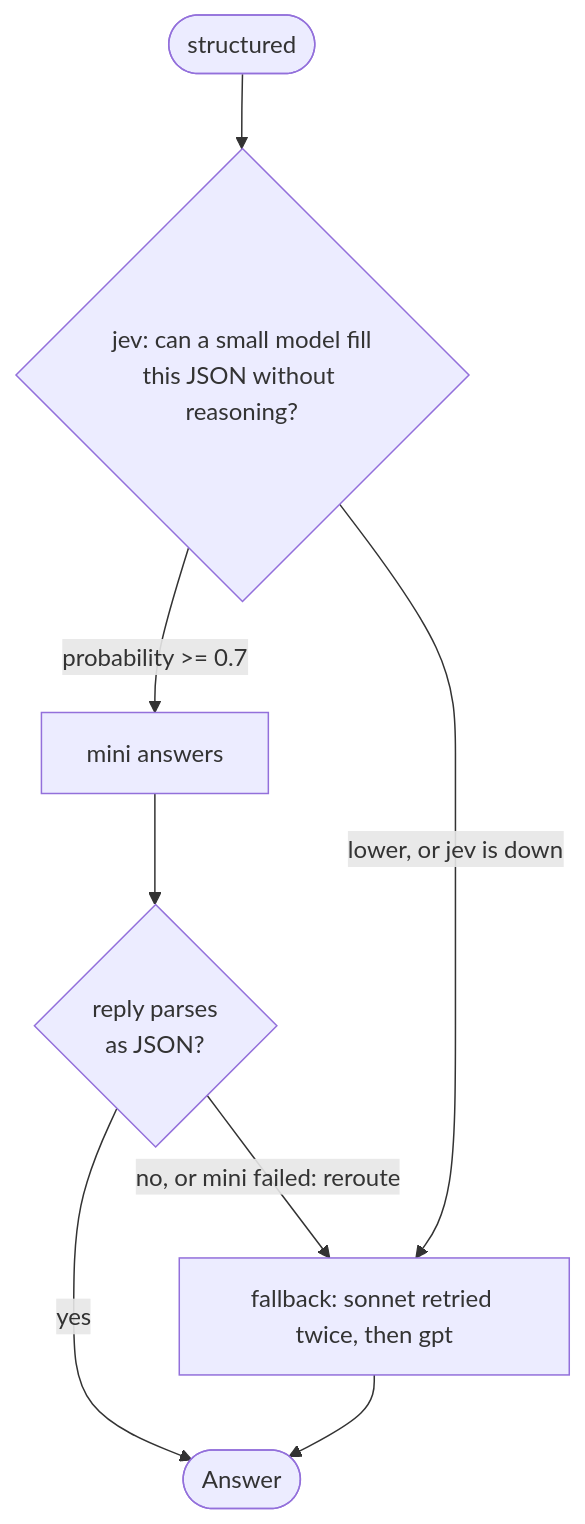
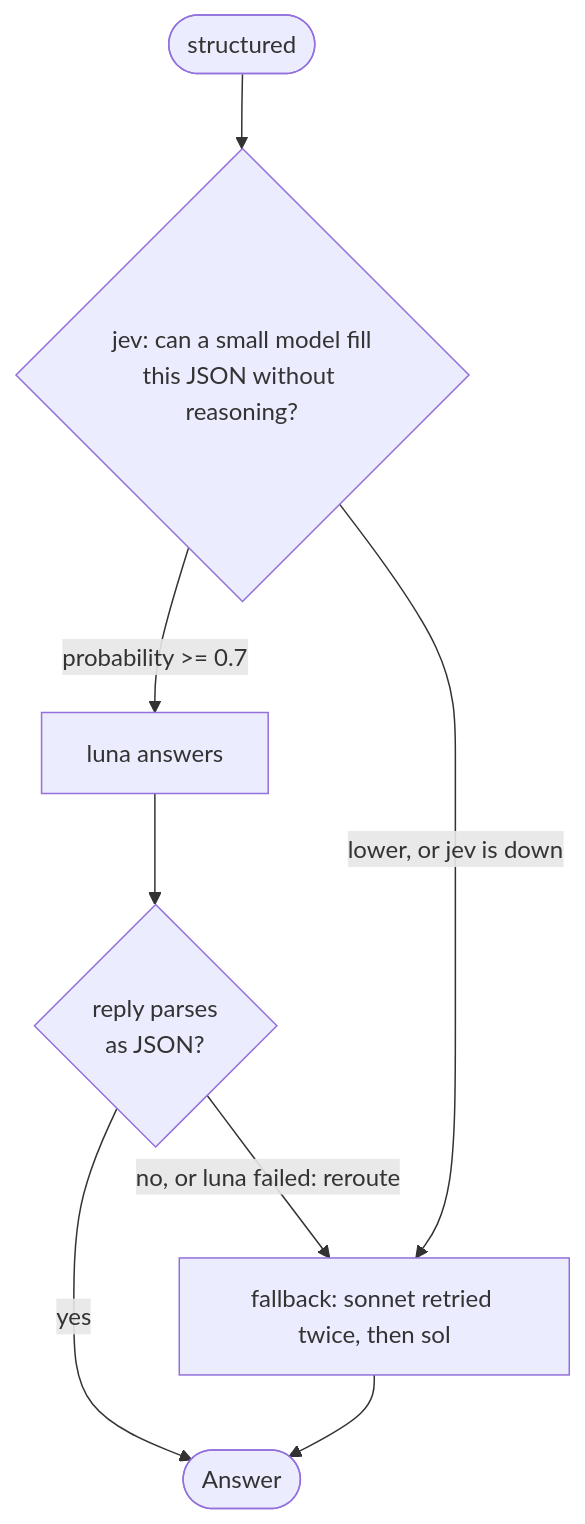
Before and after one commit to skrrt-sh/motty-sdk: the third of 3 diagrams in examples/coder/README.md, drawn with Mermaid. The commit also changed other lines of this file and 138 other files, not shown here.

````diff
--- a/examples/coder/README.md
+++ b/examples/coder/README.md
@@ -112,11 +112,11 @@
 ```mermaid
 flowchart TD
   start([structured]) --> size{"jev: can a small model fill<br/>this JSON without reasoning?"}
-  size -- "probability >= 0.7" --> small["mini answers"]
-  size -- "lower, or jev is down" --> strong["fallback: sonnet retried twice, then gpt"]
+  size -- "probability >= 0.7" --> small["luna answers"]
+  size -- "lower, or jev is down" --> strong["fallback: sonnet retried twice, then sol"]
 
   small --> valid{"reply parses<br/>as JSON?"}
   valid -- yes --> answer([Answer])
-  valid -- "no, or mini failed: reroute" --> strong
+  valid -- "no, or luna failed: reroute" --> strong
   strong --> answer
 ```
````
